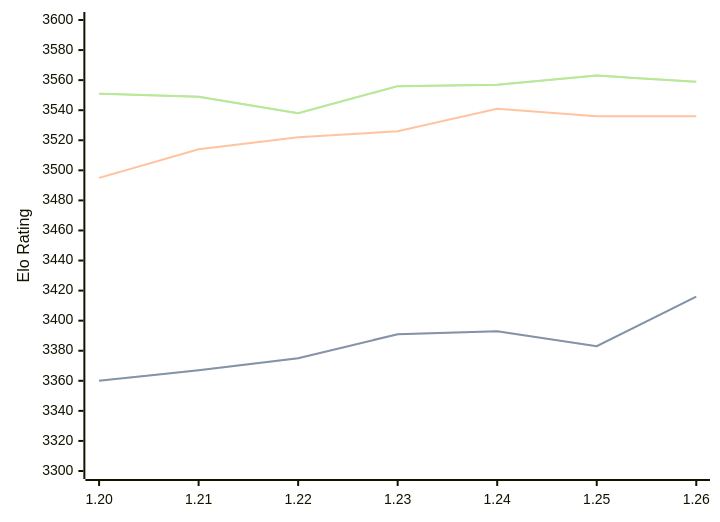
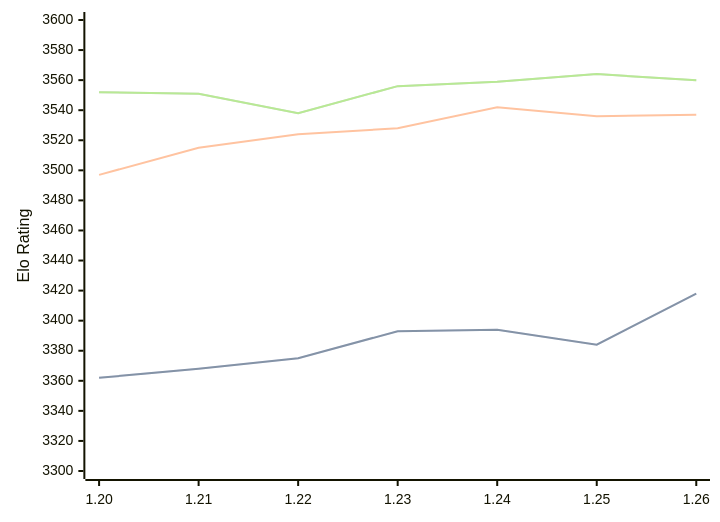
One commit to computer-chess-index/cci changed the diagram in engines/Caissa.md. Above: the diagram before and after it, drawn with Mermaid. The commit also changed other lines of this file, not shown here.

Commit message:
Update CCI Ratings (ELO VLTC) - 2026-09-13

````diff
--- a/engines/Caissa.md
+++ b/engines/Caissa.md
@@ -37,11 +37,11 @@
 ```mermaid
 %%{init: {"theme":"base","themeVariables":{"seriesColors:['#a3a3a3','#222221','#faa371']}}}%%
 xychart-beta
   x-axis ["1.20", "1.21", "1.22", "1.23", "1.24", "1.25", "1.26"]
   y-axis "Elo Rating" 3300 --> 3600
-  line "" [3360, 3367, 3375, 3391, 3393, 3383, 3416]
-  line "STC (8.0+0.08s)" [3360, 3367, 3375, 3391, 3393, 3383, 3416]
-  line "LTC (60.0+0.60s)" [3495, 3514, 3522, 3526, 3541, 3536, 3536]
-  line "" [3551, 3549, 3538, 3556, 3557, 3563, 3559]
-  line "VLTC (2m24s+1.12s)" [3551, 3549, 3538, 3556, 3557, 3563, 3559]
+  line "" [3362, 3368, 3375, 3393, 3394, 3384, 3418]
+  line "STC (8.0+0.08s)" [3362, 3368, 3375, 3393, 3394, 3384, 3418]
+  line "LTC (60.0+0.60s)" [3497, 3515, 3524, 3528, 3542, 3536, 3537]
+  line "" [3552, 3551, 3538, 3556, 3559, 3564, 3560]
+  line "VLTC (2m24s+1.12s)" [3552, 3551, 3538, 3556, 3559, 3564, 3560]
 ```
````
